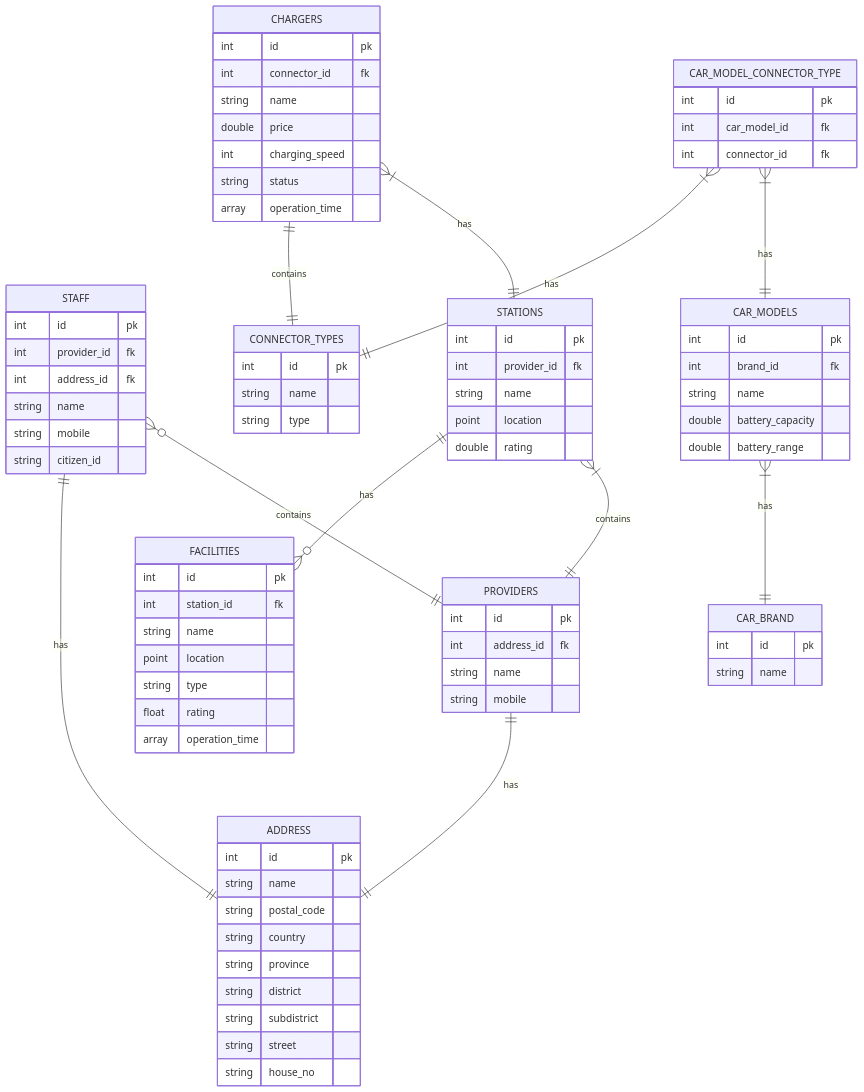
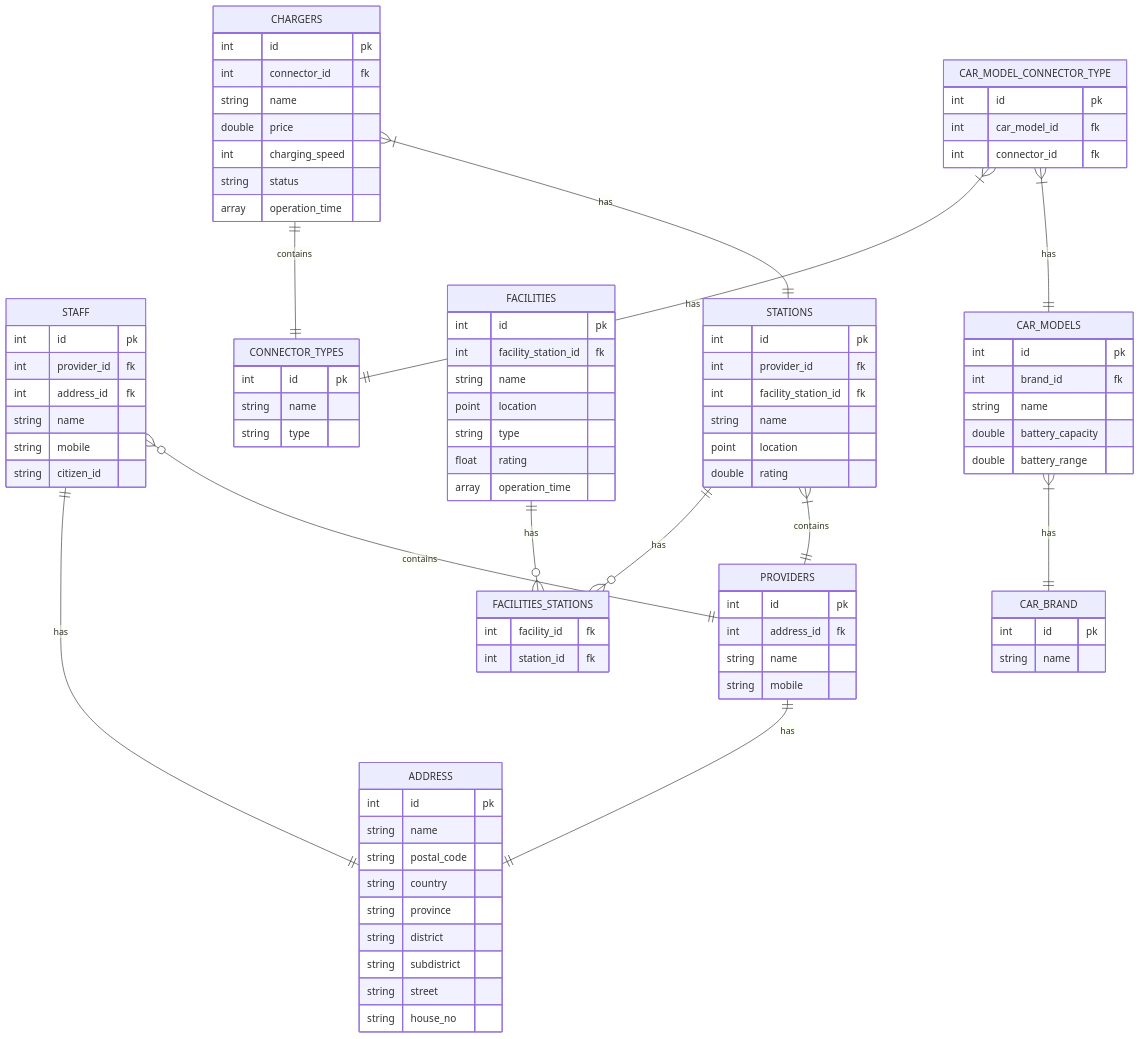
One commit to ongzasad/ev-trip-planner changed the diagram in db.md. Above: the diagram before and after it, drawn with Mermaid.

Commit message:
normallize facity and station

```diff
--- a/db.md
+++ b/db.md
@@ -28,12 +28,16 @@
         }
         FACILITIES {
             int id pk
-            int station_id fk
+            int facility_station_id fk
             string name
             point location
             string type
             float rating
             array operation_time
+        }
+        FACILITIES_STATIONS {
+            int facility_id fk
+            int station_id fk
         }
         CHARGERS {
             int id pk
@@ -47,6 +51,7 @@
         STATIONS {
             int id pk
             int provider_id fk
+            int facility_station_id fk
             string name
             point location
             double rating
@@ -75,7 +80,8 @@
         STAFF o{--|| PROVIDERS : contains
         STATIONS |{--|| PROVIDERS : contains
         CAR_MODELS |{--|| CAR_BRAND : has
-        STATIONS ||--o{ FACILITIES : has
+        STATIONS ||--o{ FACILITIES_STATIONS : has
+        FACILITIES ||--o{ FACILITIES_STATIONS : has
         CHARGERS |{--|| STATIONS : has
         STAFF ||--|| ADDRESS : has
         PROVIDERS ||--|| ADDRESS : has
```
